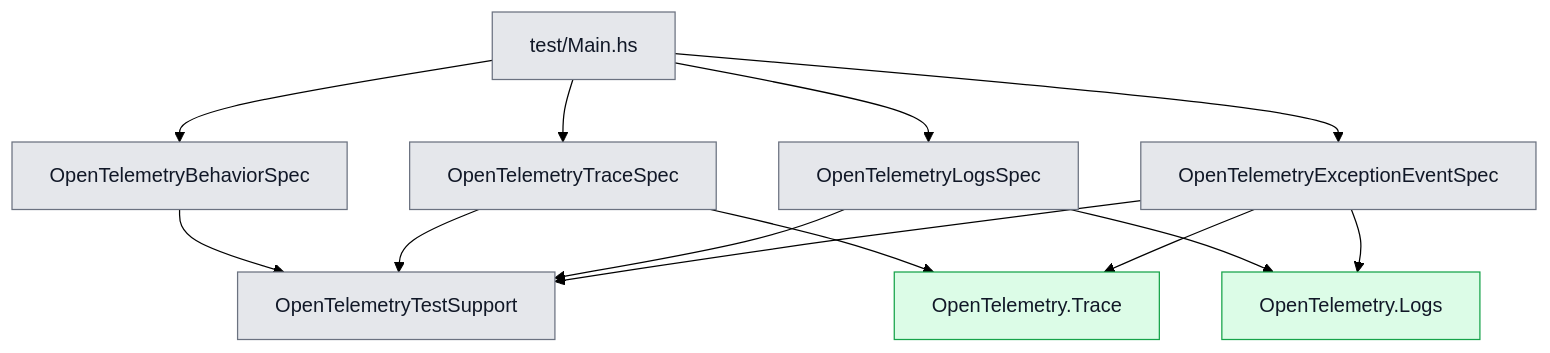
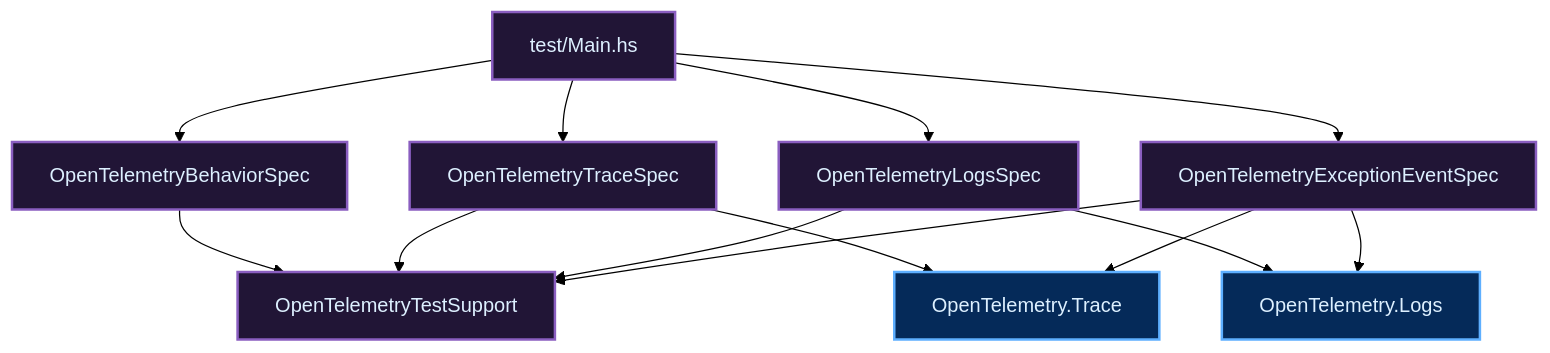
One commit to takashit16833/Workbench changed the fourth of 4 diagrams in Notes/RAGScope/RAGScopeアプリケーション/RAGScopeアプリケーション Haskellライブラリ・モジュールマップ.md. Above: the diagram before and after it, drawn with Mermaid (forest theme). The commit also changed other lines of this file, not shown here.

Commit message:
Mermaid色分けルールに合わせて修正

````diff
--- a/Notes/RAGScope/RAGScopeアプリケーション/RAGScopeアプリケーション Haskellライブラリ・モジュールマップ.md
+++ b/Notes/RAGScope/RAGScopeアプリケーション/RAGScopeアプリケーション Haskellライブラリ・モジュールマップ.md
@@ -122,30 +113,30 @@
 ```mermaid
 flowchart TB
   main["test/Main.hs"]
   behavior["OpenTelemetryBehaviorSpec"]
   traceSpec["OpenTelemetryTraceSpec"]
   logsSpec["OpenTelemetryLogsSpec"]
   exceptionSpec["OpenTelemetryExceptionEventSpec"]
   support["OpenTelemetryTestSupport"]
 
   main --> behavior
   main --> traceSpec
   main --> logsSpec
   main --> exceptionSpec
 
   behavior --> support
   traceSpec --> support
   logsSpec --> support
   exceptionSpec --> support
 
   traceSpec --> otTrace["OpenTelemetry.Trace"]
   logsSpec --> otLogs["OpenTelemetry.Logs"]
   exceptionSpec --> otTrace
   exceptionSpec --> otLogs
 
-  classDef adapterStyle fill:#dcfce7,stroke:#16a34a,color:#111827
-  classDef testStyle fill:#e5e7eb,stroke:#6b7280,color:#111827
+  classDef public fill:#052A59,stroke:#5EAFFF,color:#DDF0FF,stroke-width:2px
+  classDef private fill:#211536,stroke:#8A5EC0,color:#DDF0FF,stroke-width:2px
 
-  class main,behavior,traceSpec,logsSpec,exceptionSpec,support testStyle
-  class otTrace,otLogs adapterStyle
+  class main,behavior,traceSpec,logsSpec,exceptionSpec,support private
+  class otTrace,otLogs public
 ```
````
